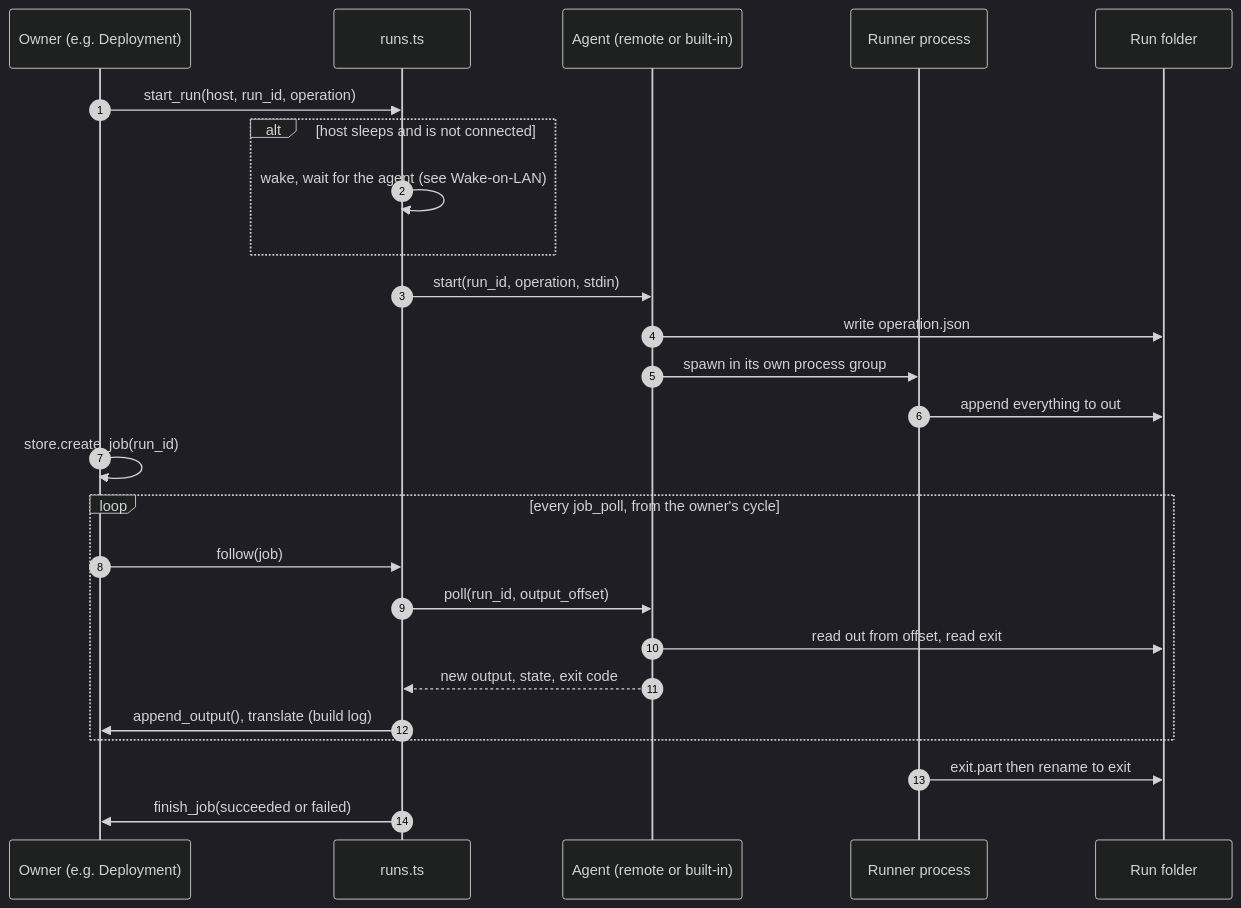
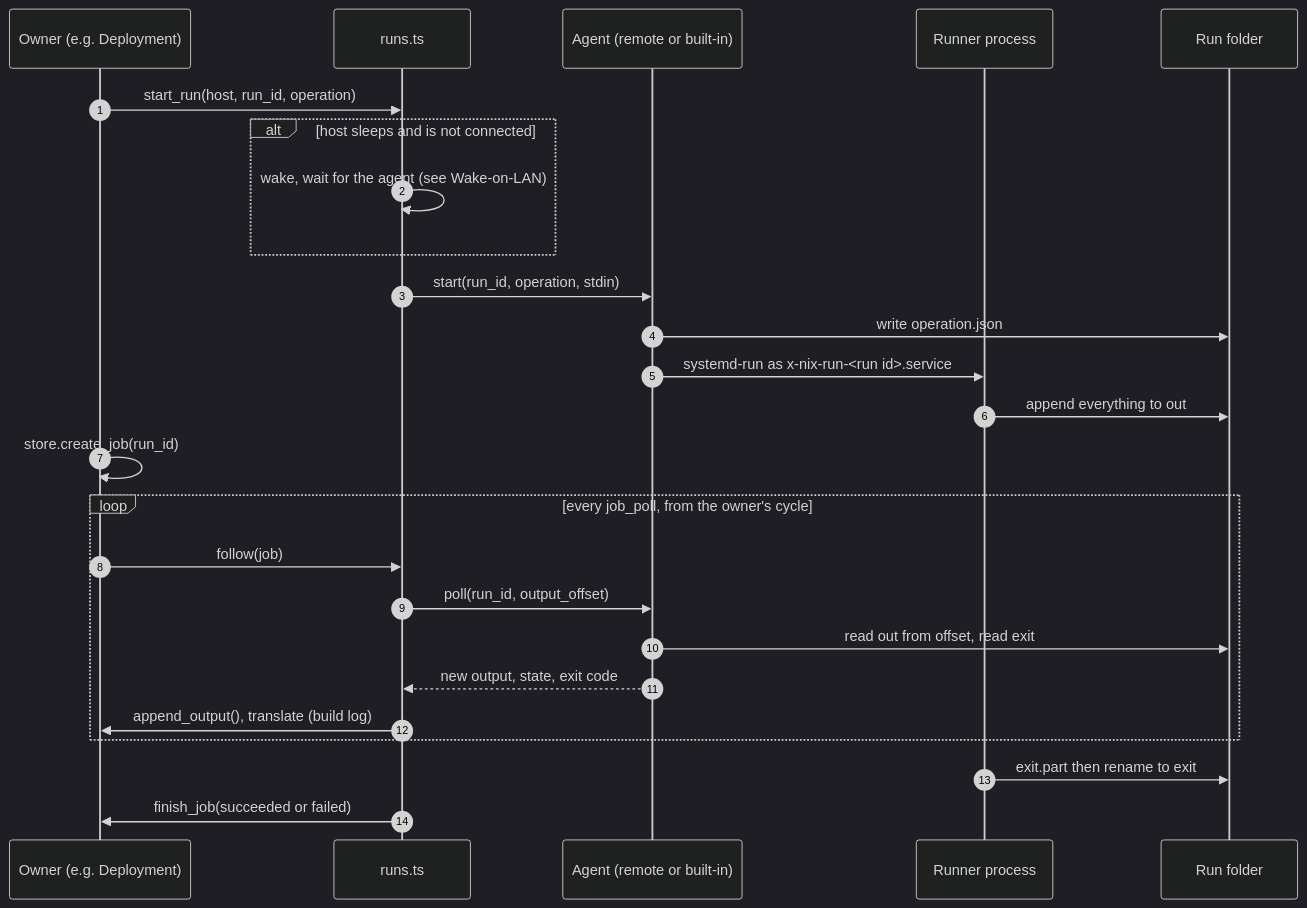
The third of 20 diagrams in docs/developer/flows.md (x-tech-laboratories/X-Nix), drawn with Mermaid (dark theme) before and after one commit. The commit also changed 8 other files, not shown here.

Commit message:
feat(agent): run each long run as a transient systemd unit in the nix work slice

````diff
--- a/docs/developer/flows.md
+++ b/docs/developer/flows.md
@@ -68,28 +68,28 @@
 ```mermaid
 sequenceDiagram
     autonumber
     participant owner as Owner (e.g. Deployment)
     participant runs as runs.ts
     participant agent as Agent (remote or built-in)
     participant runner as Runner process
     participant folder as Run folder
 
     owner->>runs: start_run(host, run_id, operation)
     alt host sleeps and is not connected
         runs->>runs: wake, wait for the agent (see Wake-on-LAN)
     end
     runs->>agent: start(run_id, operation, stdin)
     agent->>folder: write operation.json
-    agent->>runner: spawn in its own process group
+    agent->>runner: systemd-run as x-nix-run-<run id>.service
     runner->>folder: append everything to out
     owner->>owner: store.create_job(run_id)
     loop every job_poll, from the owner's cycle
         owner->>runs: follow(job)
         runs->>agent: poll(run_id, output_offset)
         agent->>folder: read out from offset, read exit
         agent-->>runs: new output, state, exit code
         runs->>owner: append_output(), translate (build log)
     end
     runner->>folder: exit.part then rename to exit
     runs->>owner: finish_job(succeeded or failed)
 ```
````
